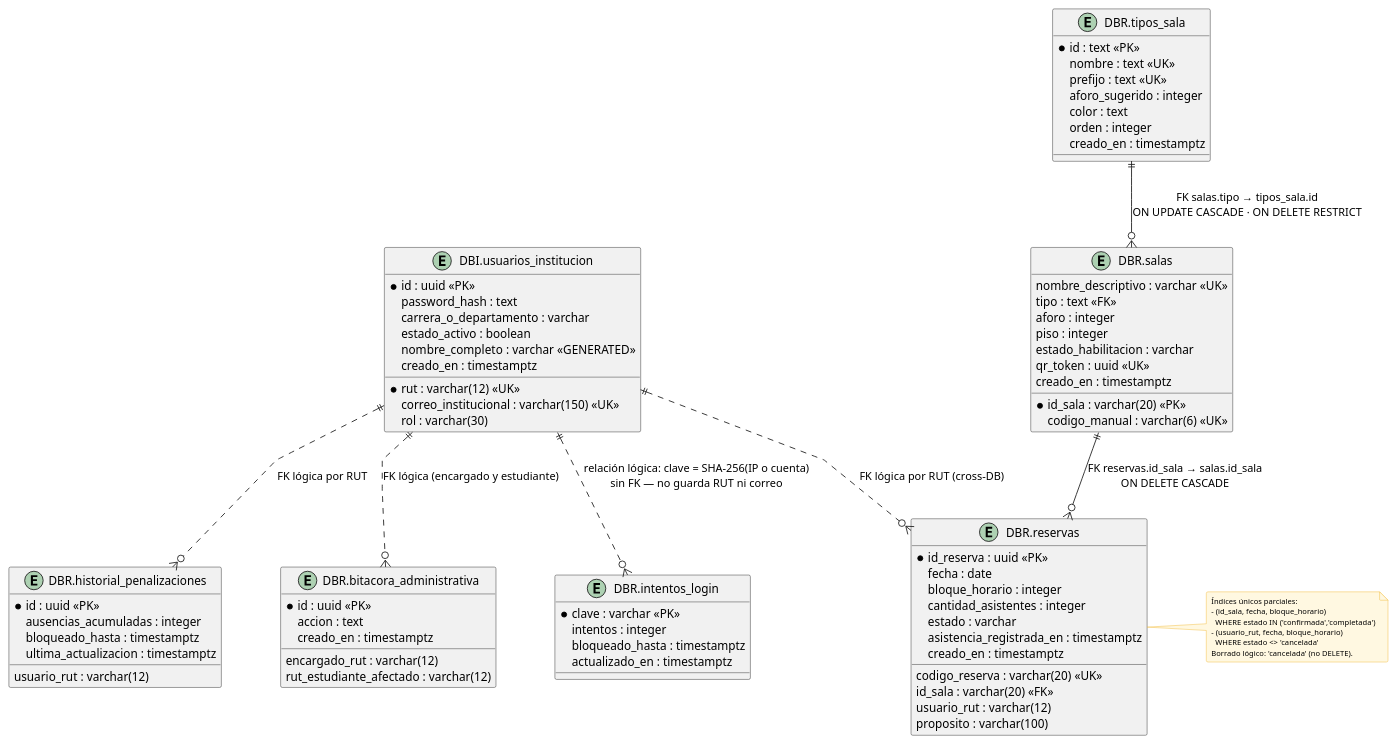
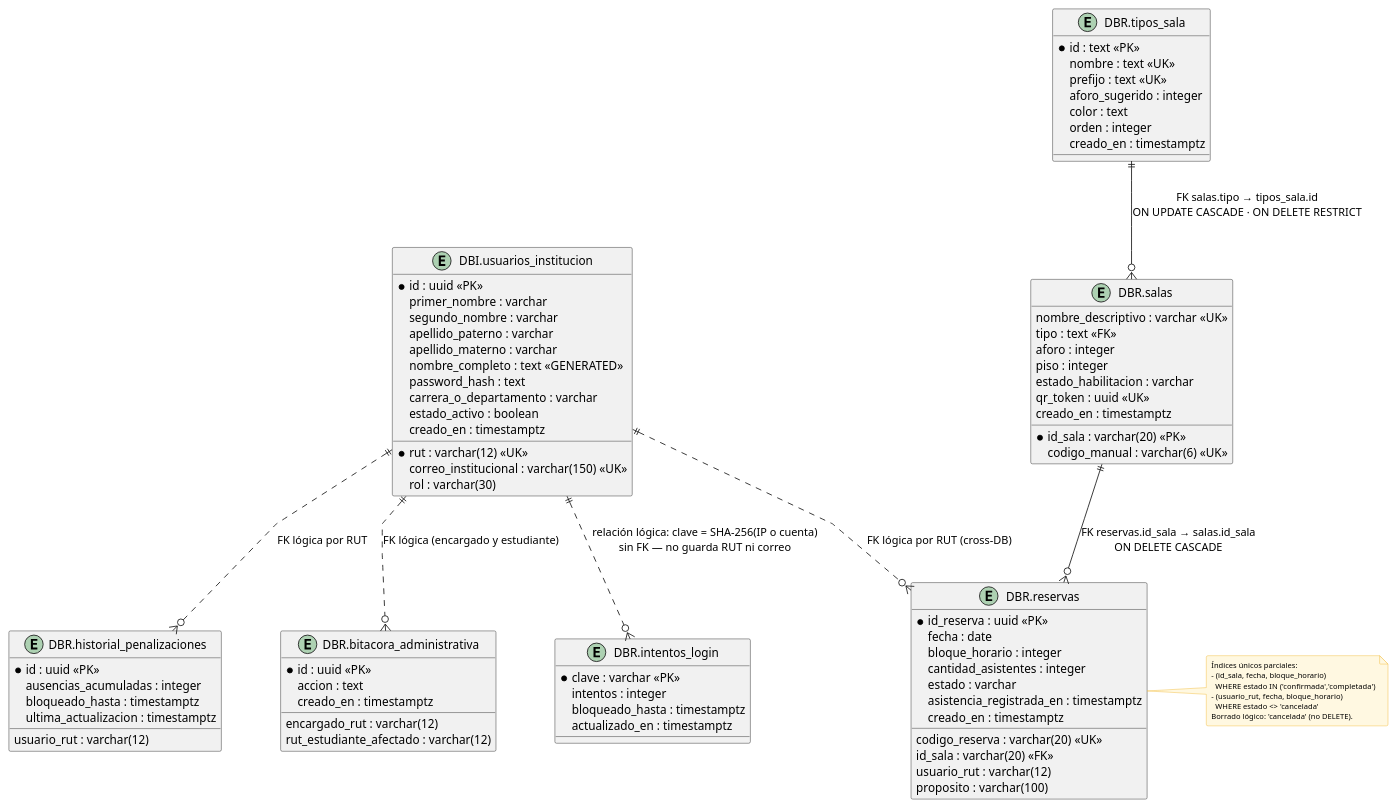
One commit to SPSolutionsOneaOne/SistemaReservas changed the diagram in docs/er-modelo-datos.puml. Above: the diagram before and after it, drawn with PlantUML. The commit also changed 1 other file, not shown here.

Commit message:
docs: ERD restaura nombres atomizados (primer/segundo/apellidos) y nombre_completo GENERATED

```diff
--- a/docs/er-modelo-datos.puml
+++ b/docs/er-modelo-datos.puml
@@ -1,117 +1,121 @@
 @startuml Modelo Entidad-Relacion - Sistema de Reservas
 ' ============================================================
 ' INACAP — Modelo Entidad-RL (DER) — versión industrial
 ' Sólo entidades persistentes con PK real en PostgreSQL.
 ' Los stores del navegador (Cache Storage, localStorage) y los
 ' artefactos QR/.ics NO son entidades de BD: se documentan en
 ' el diagrama de despliegue y en el documento técnico (cap. 3).
 ' Prefijos: DBI. = DB-Institucional | DBR. = DB-Reservas
 ' ============================================================
 
 skinparam defaultFontName Arial
 skinparam roundCorner 4
 skinparam shadowing false
 skinparam linetype polyline
 skinparam nodesep 70
 skinparam ranksep 65
 skinparam entity {
   BackgroundColor #FFFFFF
   BorderColor #2B7A9E
   FontColor #1F2937
   FontSize 10
 }
 skinparam note {
   BackgroundColor #FFF8E1
   BorderColor #F0B429
   FontSize 9
 }
 
 entity "DBI.usuarios_institucion" as USUARIO {
   * id : uuid <<PK>>
   * rut : varchar(12) <<UK>>
+  primer_nombre : varchar
+  segundo_nombre : varchar
+  apellido_paterno : varchar
+  apellido_materno : varchar
+  nombre_completo : text <<GENERATED>>
   correo_institucional : varchar(150) <<UK>>
   password_hash : text
   rol : varchar(30)
   carrera_o_departamento : varchar
   estado_activo : boolean
-  nombre_completo : varchar <<GENERATED>>
   creado_en : timestamptz
 }
 
 entity "DBR.tipos_sala" as TIPO {
   * id : text <<PK>>
   nombre : text <<UK>>
   prefijo : text <<UK>>
   aforo_sugerido : integer
   color : text
   orden : integer
   creado_en : timestamptz
 }
 
 entity "DBR.salas" as SALA {
   * id_sala : varchar(20) <<PK>>
   nombre_descriptivo : varchar <<UK>>
   tipo : text <<FK>>
   aforo : integer
   piso : integer
   estado_habilitacion : varchar
   qr_token : uuid <<UK>>
   codigo_manual : varchar(6) <<UK>>
   creado_en : timestamptz
 }
 
 entity "DBR.reservas" as RESERVA {
   * id_reserva : uuid <<PK>>
   codigo_reserva : varchar(20) <<UK>>
   id_sala : varchar(20) <<FK>>
   usuario_rut : varchar(12)
   fecha : date
   bloque_horario : integer
   cantidad_asistentes : integer
   proposito : varchar(100)
   estado : varchar
   asistencia_registrada_en : timestamptz
   creado_en : timestamptz
 }
 
 entity "DBR.historial_penalizaciones" as PENAL {
   * id : uuid <<PK>>
   usuario_rut : varchar(12)
   ausencias_acumuladas : integer
   bloqueado_hasta : timestamptz
   ultima_actualizacion : timestamptz
 }
 
 entity "DBR.bitacora_administrativa" as BITACORA {
   * id : uuid <<PK>>
   encargado_rut : varchar(12)
   accion : text
   rut_estudiante_afectado : varchar(12)
   creado_en : timestamptz
 }
 
 entity "DBR.intentos_login" as INTENTOS {
   * clave : varchar <<PK>>
   intentos : integer
   bloqueado_hasta : timestamptz
   actualizado_en : timestamptz
 }
 
 ' ---- Integridad referencial ----
 TIPO    ||--o{ SALA     : "FK salas.tipo → tipos_sala.id\nON UPDATE CASCADE · ON DELETE RESTRICT"
 SALA    ||--o{ RESERVA  : "FK reservas.id_sala → salas.id_sala\nON DELETE CASCADE"
 USUARIO ||..o{ RESERVA  : "FK lógica por RUT (cross-DB)"
 USUARIO ||..o{ PENAL    : "FK lógica por RUT"
 USUARIO ||..o{ BITACORA : "FK lógica (encargado y estudiante)"
 USUARIO ||..o{ INTENTOS : "relación lógica: clave = SHA-256(IP o cuenta)\nsin FK — no guarda RUT ni correo"
 
 note right of RESERVA
   Índices únicos parciales:
   - (id_sala, fecha, bloque_horario)
     WHERE estado IN ('confirmada','completada')
   - (usuario_rut, fecha, bloque_horario)
     WHERE estado <> 'cancelada'
   Borrado lógico: 'cancelada' (no DELETE).
 end note
 
 @enduml
```
